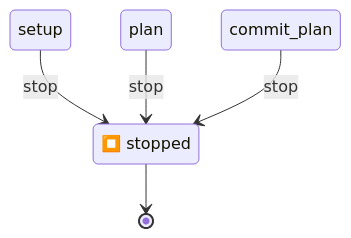
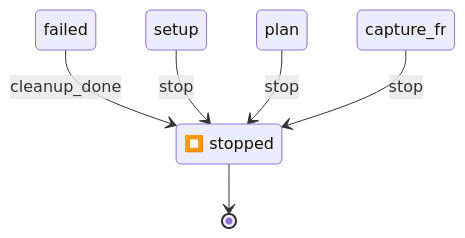
The third of 3 diagrams in docs/fsm-diagrams/watcher-pipeline-v2/watcher-pipeline-v2_fsm.md (sheikkinen/yamlgraph), drawn with Mermaid before and after one commit. The commit also changed other lines of this file and 8 other files, not shown here.

````diff
--- a/docs/fsm-diagrams/watcher-pipeline-v2/watcher-pipeline-v2_fsm.md
+++ b/docs/fsm-diagrams/watcher-pipeline-v2/watcher-pipeline-v2_fsm.md
@@ -81,9 +82,11 @@
 ```mermaid
 stateDiagram-v2
     %% Stop/Shutdown Flow
+    failed : failed
     stopped : ⏹️ stopped
     stopped --> [*]
+    failed --> stopped : cleanup_done
     setup --> stopped : stop
     plan --> stopped : stop
-    commit_plan --> stopped : stop
+    capture_fr --> stopped : stop
 ```
````
